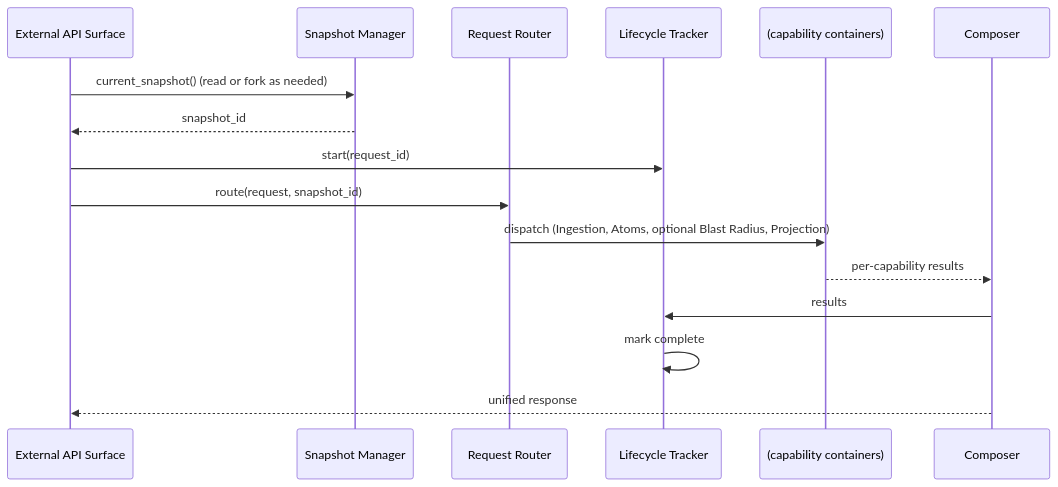
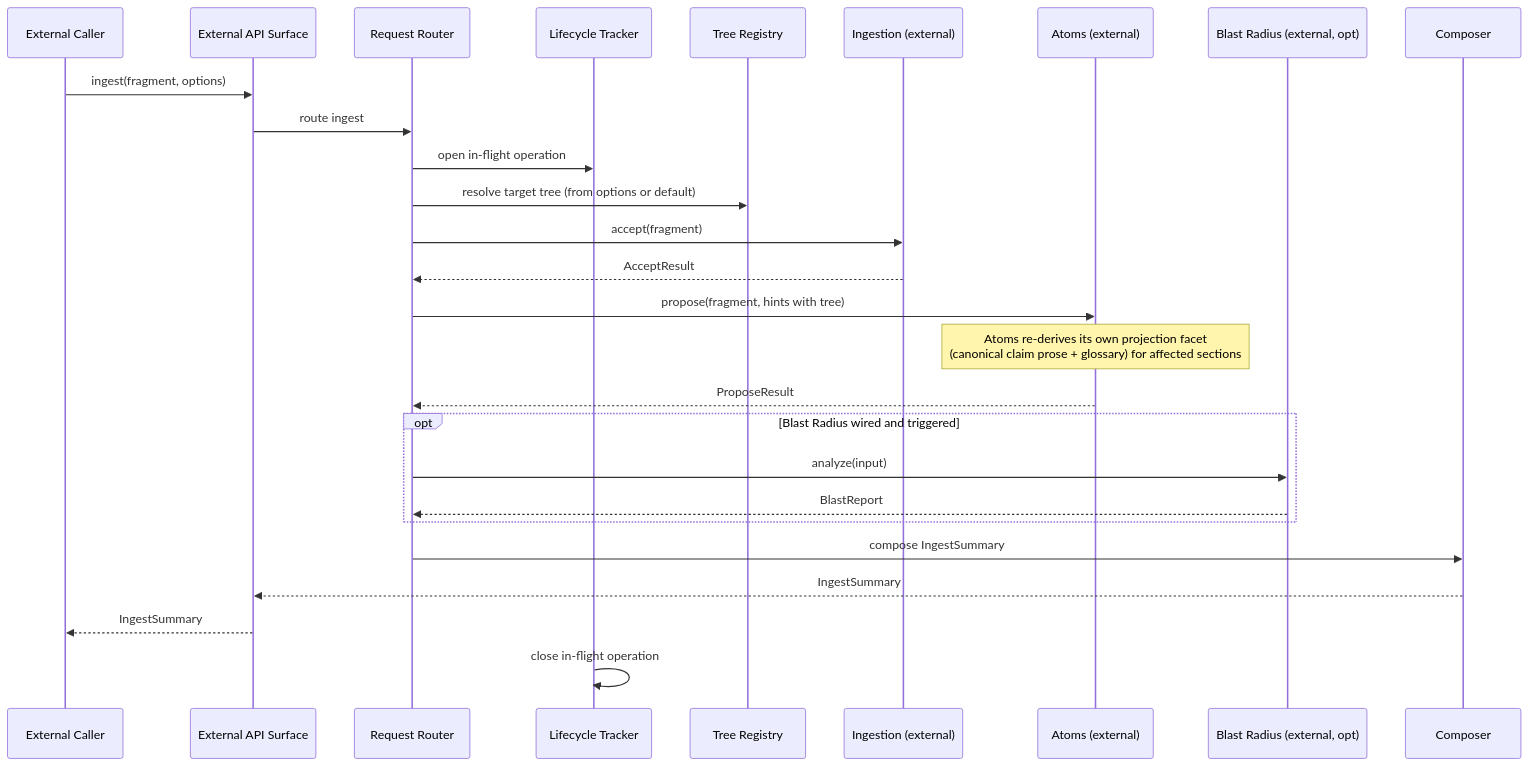
Before and after one commit to Gubbi/aala: the diagram in docs/L3/05-orchestration.md, drawn with Mermaid. The commit also changed other lines of this file and 68 other files, not shown here.

````diff
--- a/docs/L3/05-orchestration.md
+++ b/docs/L3/05-orchestration.md
@@ -22,19 +24,30 @@
 ```mermaid
 sequenceDiagram
-    participant Ext as External API Surface
-    participant Snap as Snapshot Manager
+    participant Agent as External Caller
+    participant API as External API Surface
     participant Router as Request Router
-    participant Lifecycle as Lifecycle Tracker
-    participant Cap as (capability containers)
+    participant Track as Lifecycle Tracker
+    participant Trees as Tree Registry
+    participant Ing as Ingestion (external)
+    participant Atoms as Atoms (external)
+    participant Blast as Blast Radius (external, opt)
     participant Comp as Composer
 
-    Ext->>Snap: current_snapshot() (read or fork as needed)
-    Snap-->>Ext: snapshot_id
-    Ext->>Lifecycle: start(request_id)
-    Ext->>Router: route(request, snapshot_id)
-    Router->>Cap: dispatch (Ingestion, Atoms, optional Blast Radius, Projection)
-    Cap-->>Comp: per-capability results
-    Comp->>Lifecycle: results
-    Lifecycle->>Lifecycle: mark complete
-    Comp-->>Ext: unified response
+    Agent->>API: ingest(fragment, options)
+    API->>Router: route ingest
+    Router->>Track: open in-flight operation
+    Router->>Trees: resolve target tree (from options or default)
+    Router->>Ing: accept(fragment)
+    Ing-->>Router: AcceptResult
+    Router->>Atoms: propose(fragment, hints with tree)
+    Note over Atoms: Atoms re-derives its own projection facet<br/>(canonical claim prose + glossary) for affected sections
+    Atoms-->>Router: ProposeResult
+    opt Blast Radius wired and triggered
+        Router->>Blast: analyze(input)
+        Blast-->>Router: BlastReport
+    end
+    Router->>Comp: compose IngestSummary
+    Comp-->>API: IngestSummary
+    API-->>Agent: IngestSummary
+    Track->>Track: close in-flight operation
 ```
````
